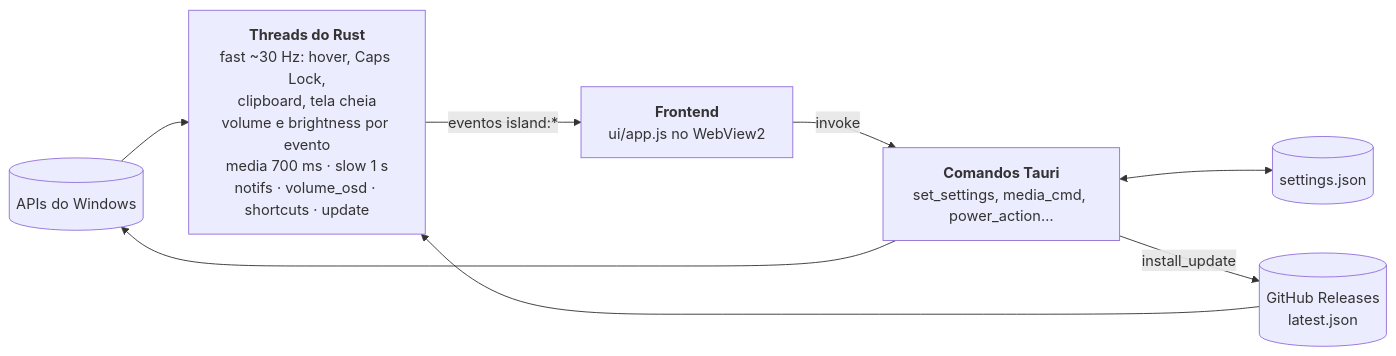
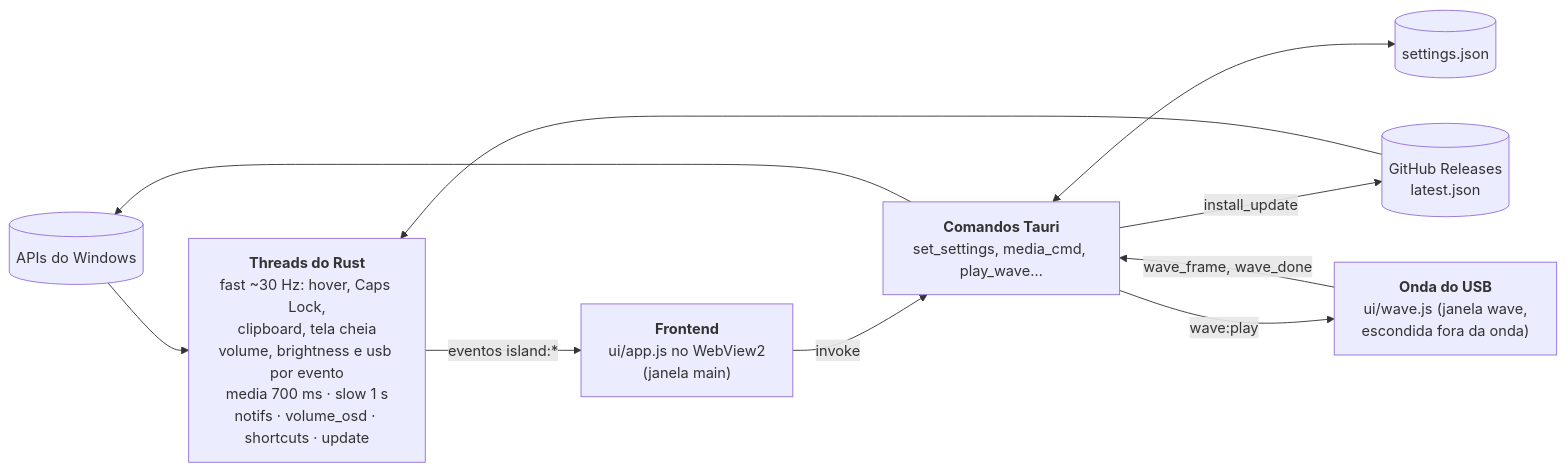
The diagram in README.md (r4nges/island_windows), drawn with Mermaid before and after one commit. The commit also changed other lines of this file and 10 other files, not shown here.

First line of the commit message:
Aura em onda ao conectar USB: aviso com o nome do aparelho e onda de vidro saindo da ilha

````diff
--- a/README.md
+++ b/README.md
@@ -58,17 +60,20 @@
 ```mermaid
 flowchart LR
     win[("APIs do Windows")]
     gh[("GitHub Releases<br/>latest.json")]
     cfg[("settings.json")]
-    threads["<b>Threads do Rust</b><br/>fast ~30 Hz: hover, Caps Lock,<br/>clipboard, tela cheia<br/>volume e brightness por evento<br/>media 700 ms · slow 1 s<br/>notifs · volume_osd · shortcuts · update"]
-    ui["<b>Frontend</b><br/>ui/app.js no WebView2"]
-    cmds["<b>Comandos Tauri</b><br/>set_settings, media_cmd, power_action…"]
+    threads["<b>Threads do Rust</b><br/>fast ~30 Hz: hover, Caps Lock,<br/>clipboard, tela cheia<br/>volume, brightness e usb por evento<br/>media 700 ms · slow 1 s<br/>notifs · volume_osd · shortcuts · update"]
+    ui["<b>Frontend</b><br/>ui/app.js no WebView2<br/>(janela main)"]
+    cmds["<b>Comandos Tauri</b><br/>set_settings, media_cmd, play_wave…"]
+    wave["<b>Onda do USB</b><br/>ui/wave.js (janela wave,<br/>escondida fora da onda)"]
 
     win --> threads
     gh --> threads
     threads -->|"eventos island:*"| ui
     ui -->|"invoke"| cmds
     cmds --> win
     cmds <--> cfg
     cmds -->|"install_update"| gh
+    cmds -->|"wave:play"| wave
+    wave -->|"wave_frame, wave_done"| cmds
 ```
````
